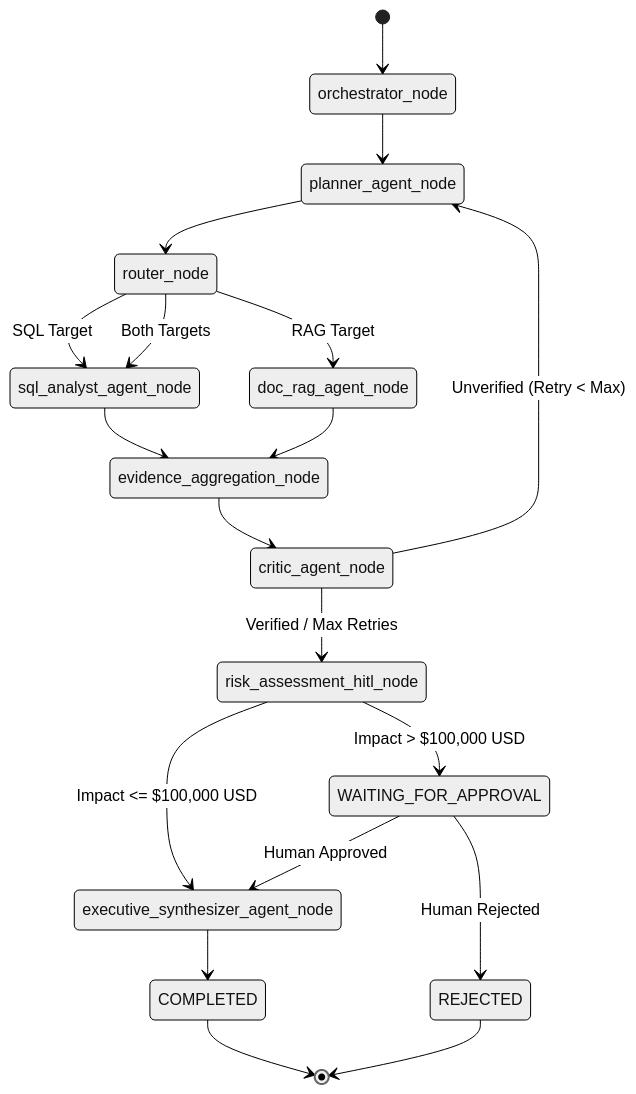
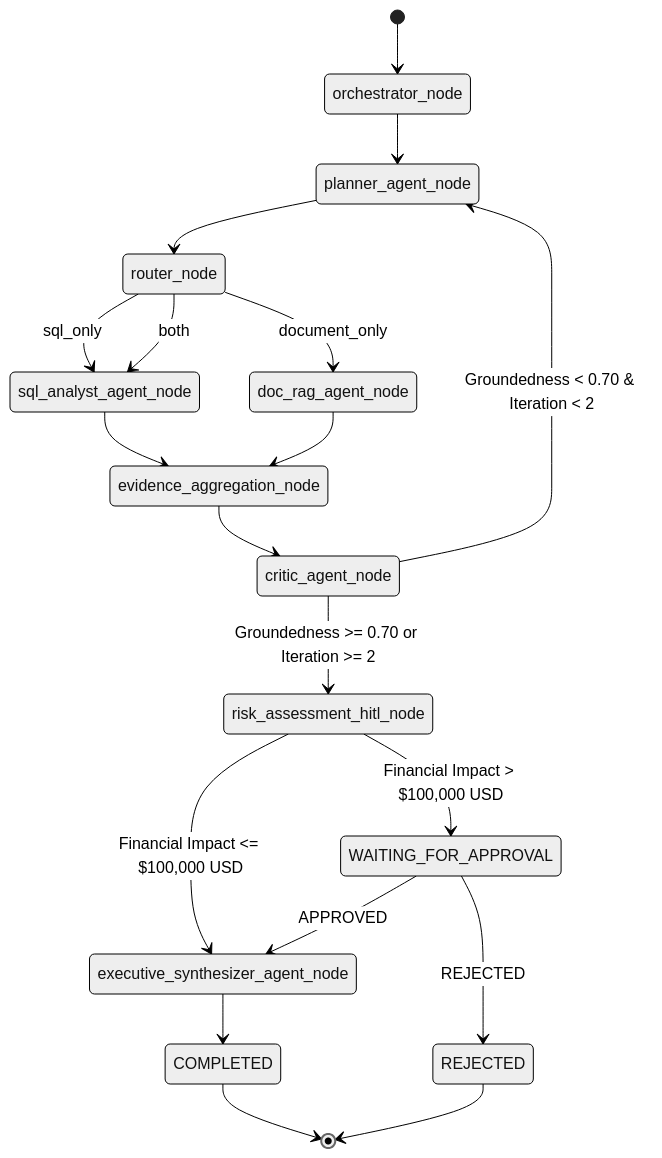
The second of 2 diagrams in README.md (Vankudoth-Saipriya/ERDIS), drawn with Mermaid (neutral theme) before and after one commit. The commit also changed other lines of this file, not shown here.

````diff
--- a/README.md
+++ b/README.md
@@ -116,30 +171,30 @@
 ```mermaid
 stateDiagram-v2
     [*] --> orchestrator_node
     orchestrator_node --> planner_agent_node
     planner_agent_node --> router_node
 
     state router_node <<choice>>
-    router_node --> sql_analyst_agent_node : SQL Target
-    router_node --> doc_rag_agent_node : RAG Target
-    router_node --> sql_analyst_agent_node : Both Targets
+    router_node --> sql_analyst_agent_node : sql_only
+    router_node --> doc_rag_agent_node : document_only
+    router_node --> sql_analyst_agent_node : both
 
     sql_analyst_agent_node --> evidence_aggregation_node
     doc_rag_agent_node --> evidence_aggregation_node
     evidence_aggregation_node --> critic_agent_node
 
     state critic_agent_node <<choice>>
-    critic_agent_node --> planner_agent_node : Unverified (Retry < Max)
-    critic_agent_node --> risk_assessment_hitl_node : Verified / Max Retries
+    critic_agent_node --> planner_agent_node : Groundedness < 0.70 & Iteration < 2
+    critic_agent_node --> risk_assessment_hitl_node : Groundedness >= 0.70 or Iteration >= 2
 
     state risk_assessment_hitl_node <<choice>>
-    risk_assessment_hitl_node --> WAITING_FOR_APPROVAL : Impact > $100,000 USD
-    risk_assessment_hitl_node --> executive_synthesizer_agent_node : Impact <= $100,000 USD
+    risk_assessment_hitl_node --> WAITING_FOR_APPROVAL : Financial Impact > $100,000 USD
+    risk_assessment_hitl_node --> executive_synthesizer_agent_node : Financial Impact <= $100,000 USD
 
-    WAITING_FOR_APPROVAL --> executive_synthesizer_agent_node : Human Approved
-    WAITING_FOR_APPROVAL --> REJECTED : Human Rejected
+    WAITING_FOR_APPROVAL --> executive_synthesizer_agent_node : APPROVED
+    WAITING_FOR_APPROVAL --> REJECTED : REJECTED
 
     executive_synthesizer_agent_node --> COMPLETED
     COMPLETED --> [*]
     REJECTED --> [*]
 ```
````
